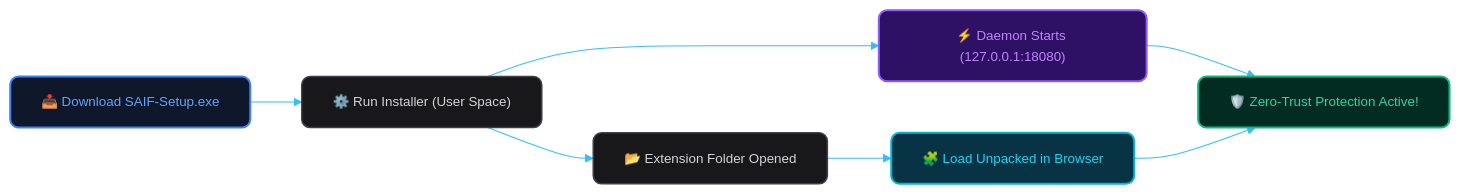
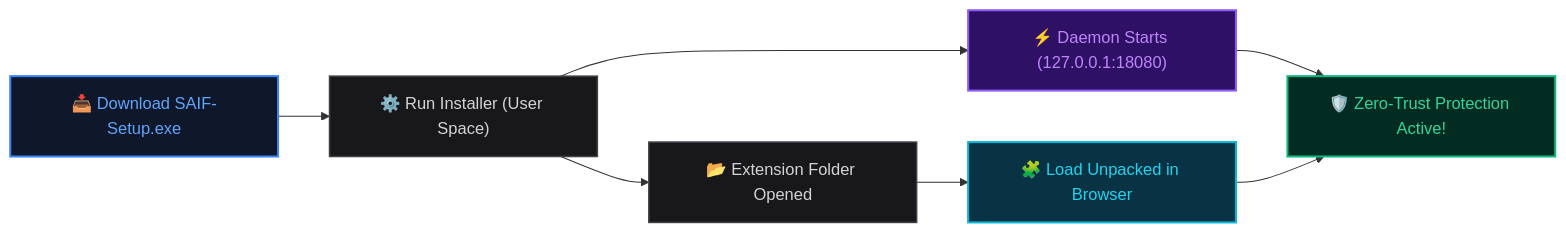
The diagram in docs/USER_GUIDE.md (sudohackfu/saif-free-tier), drawn with Mermaid before and after one commit. The commit also changed 2 other files, not shown here.

Commit message:
docs: standardize Mermaid syntax for universal Antigravity IDE rendering

````diff
--- a/docs/USER_GUIDE.md
+++ b/docs/USER_GUIDE.md
@@ -14,27 +14,21 @@
 ```mermaid
-%%{init: {
-  'theme': 'base',
-  'themeVariables': {
-    'darkMode': true,
-    'background': '#09090b',
-    'mainBkg': '#121217',
-    'nodeBorder': '#27272a',
-    'textColor': '#f4f4f5',
-    'fontFamily': 'Inter, system-ui, -apple-system, sans-serif',
-    'fontSize': '13px',
-    'lineColor': '#38bdf8'
-  }
-}}%%
 flowchart LR
-    A["📥 Download SAIF-Setup.exe"]:::blueNode --> B["⚙️ Run Installer (User Space)"]:::slateNode
-    B --> C["⚡ Daemon Starts (127.0.0.1:18080)"]:::purpleNode
-    B --> D["📂 Extension Folder Opened"]:::slateNode
-    D --> E["🧩 Load Unpacked in Browser"]:::cyanNode
-    C & E --> F["🛡️ Zero-Trust Protection Active!"]:::greenNode
+    A["📥 Download SAIF-Setup.exe"] --> B["⚙️ Run Installer (User Space)"]
+    B --> C["⚡ Daemon Starts (127.0.0.1:18080)"]
+    B --> D["📂 Extension Folder Opened"]
+    D --> E["🧩 Load Unpacked in Browser"]
+    C --> F["🛡️ Zero-Trust Protection Active!"]
+    E --> F
 
-    classDef blueNode fill:#0f172a,stroke:#3b82f6,stroke-width:2px,color:#60a5fa,rx:8px,ry:8px;
-    classDef slateNode fill:#18181b,stroke:#3f3f46,stroke-width:1.5px,color:#d4d4d8,rx:8px,ry:8px;
-    classDef cyanNode fill:#083344,stroke:#06b6d4,stroke-width:2px,color:#22d3ee,rx:8px,ry:8px;
-    classDef purpleNode fill:#2e1065,stroke:#8b5cf6,stroke-width:2px,color:#c084fc,rx:8px,ry:8px;
-    classDef greenNode fill:#022c22,stroke:#10b981,stroke-width:2px,color:#34d399,rx:8px,ry:8px;
+    classDef blueNode fill:#0f172a,stroke:#3b82f6,stroke-width:2px,color:#60a5fa;
+    classDef slateNode fill:#18181b,stroke:#3f3f46,stroke-width:1.5px,color:#d4d4d8;
+    classDef cyanNode fill:#083344,stroke:#06b6d4,stroke-width:2px,color:#22d3ee;
+    classDef purpleNode fill:#2e1065,stroke:#8b5cf6,stroke-width:2px,color:#c084fc;
+    classDef greenNode fill:#022c22,stroke:#10b981,stroke-width:2px,color:#34d399;
+
+    class A blueNode;
+    class B,D slateNode;
+    class C purpleNode;
+    class E cyanNode;
+    class F greenNode;
 ```
````
